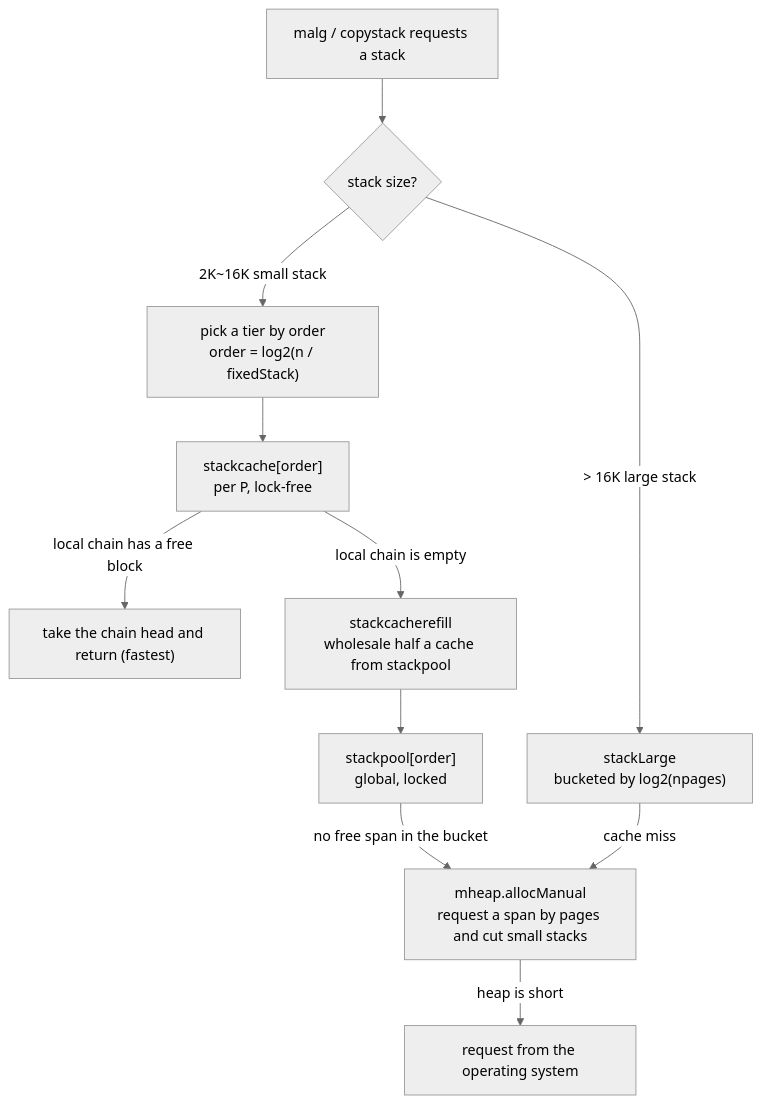
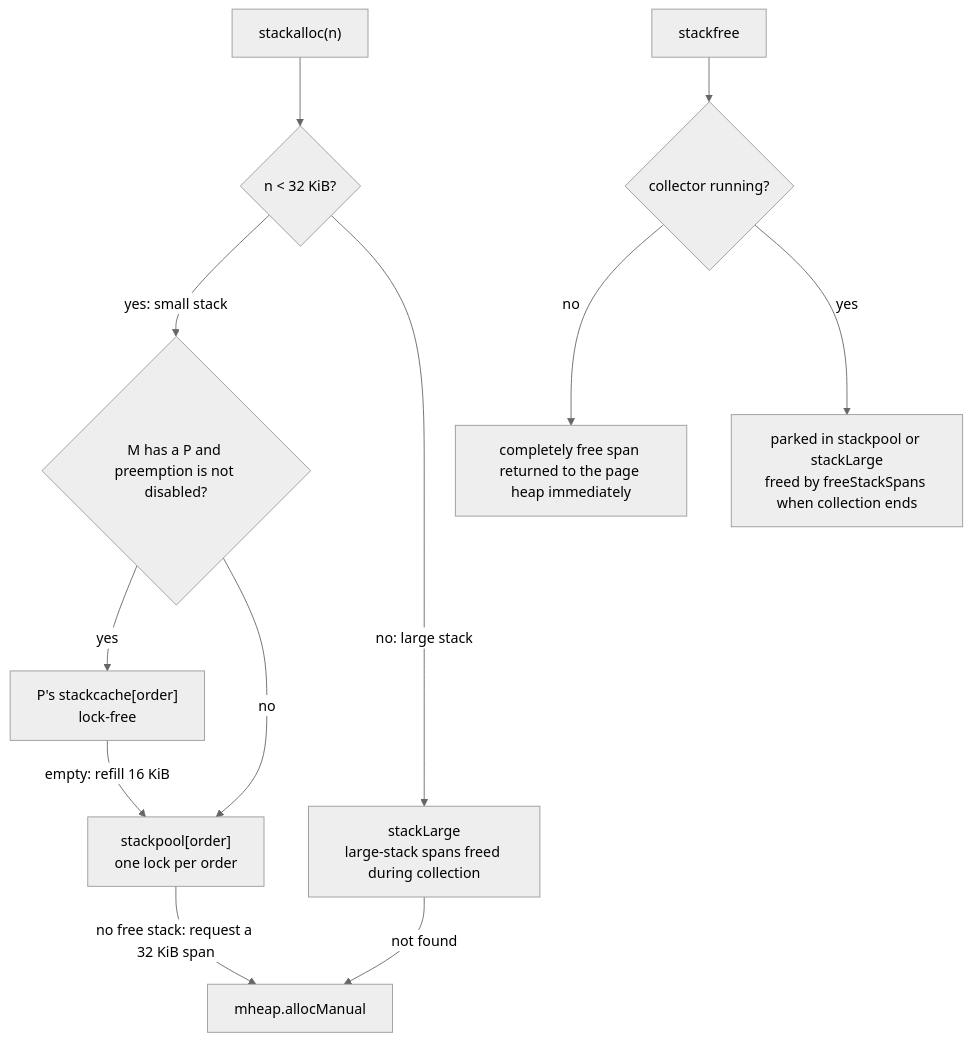
The diagram in book/en-us/part4memory/ch14stack/alloc.md (golang-design/under-the-hood), drawn with Mermaid (neutral theme) before and after one commit. The commit also changed other lines of this file and 30 other files, not shown here.

````diff
--- a/book/en-us/part4memory/ch14stack/alloc.md
+++ b/book/en-us/part4memory/ch14stack/alloc.md
@@ -81,13 +370,14 @@
 ```mermaid
 flowchart TD
-    G["malg / copystack requests a stack"] --> SIZE{"stack size?"}
-    SIZE -->|"2K~16K small stack"| ORDER["pick a tier by order<br/>order = log2(n / fixedStack)"]
-    SIZE -->|"> 16K large stack"| LARGE["stackLarge<br/>bucketed by log2(npages)"]
-    ORDER --> CACHE["stackcache[order]<br/>per P, lock-free"]
-    CACHE -->|"local chain has a free block"| FAST["take the chain head and return (fastest)"]
-    CACHE -->|"local chain is empty"| POOL["stackcacherefill<br/>wholesale half a cache from stackpool"]
-    POOL --> SPOOL["stackpool[order]<br/>global, locked"]
-    SPOOL -->|"no free span in the bucket"| MHEAP["mheap.allocManual<br/>request a span by pages and cut small stacks"]
-    LARGE -->|"cache miss"| MHEAP
-    MHEAP -->|"heap is short"| OS["request from the operating system"]
+    A["stackalloc(n)"] --> B{"n < 32 KiB?"}
+    B -->|"yes: small stack"| C{"M has a P and preemption is not disabled?"}
+    C -->|"yes"| D["P's stackcache[order]<br/>lock-free"]
+    D -->|"empty: refill 16 KiB"| E["stackpool[order]<br/>one lock per order"]
+    C -->|"no"| E
+    E -->|"no free stack: request a 32 KiB span"| H["mheap.allocManual"]
+    B -->|"no: large stack"| F["stackLarge<br/>large-stack spans freed during collection"]
+    F -->|"not found"| H
+    R["stackfree"] --> S{"collector running?"}
+    S -->|"no"| T["completely free span returned to the page heap immediately"]
+    S -->|"yes"| U["parked in stackpool or stackLarge<br/>freed by freeStackSpans when collection ends"]
 ```
````
